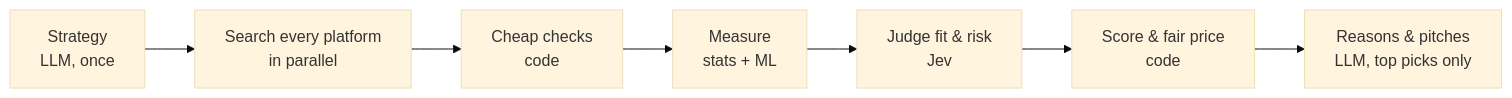
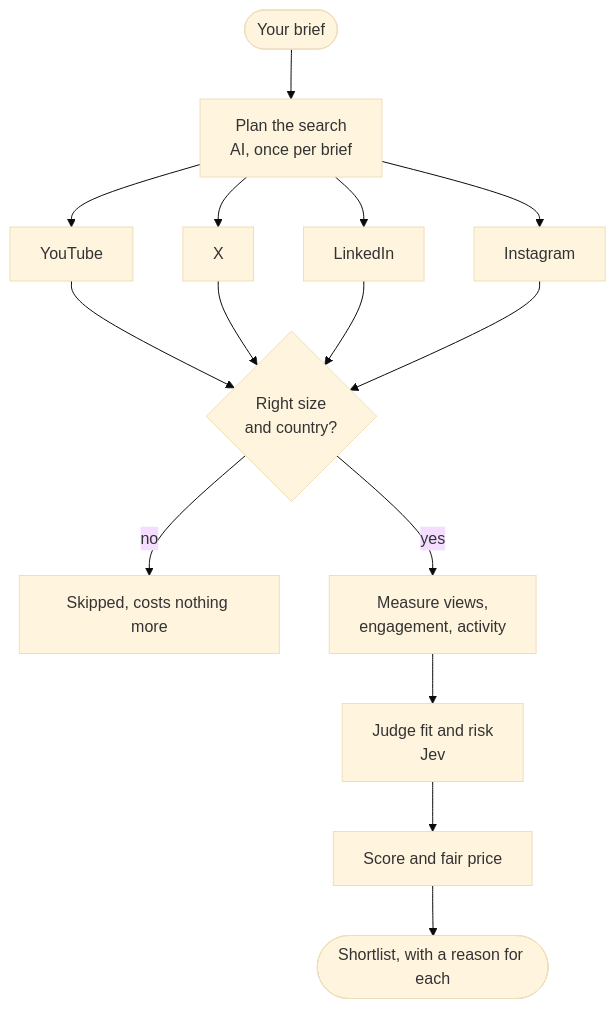
The second of 6 diagrams in README.md (Srijan76-code/ReachAi-InfluencerMarketing), drawn with Mermaid (base theme) before and after one commit. The commit also changed other lines of this file and 18 other files, not shown here.

Commit message:
Make the README and docs visual: founder metrics up top, icons, diagrams for every workflow, one currency

````diff
--- a/README.md
+++ b/README.md
@@ -85,4 +71,11 @@
 ```mermaid
-graph LR
-  S[Strategy<br/>LLM, once] --> P[Search every platform<br/>in parallel] --> C[Cheap checks<br/>code] --> M[Measure<br/>stats + ML] --> J[Judge fit & risk<br/>Jev] --> R[Score & fair price<br/>code] --> W[Reasons & pitches<br/>LLM, top picks only]
+flowchart TD
+  A([Your brief]) --> S[Plan the search<br/>AI, once per brief]
+  S --> Y[YouTube] & X[X] & L[LinkedIn] & I[Instagram]
+  Y & X & L & I --> C{Right size<br/>and country?}
+  C -- no --> Z[Skipped, costs nothing more]
+  C -- yes --> M[Measure views,<br/>engagement, activity]
+  M --> J[Judge fit and risk<br/>Jev]
+  J --> F[Score and fair price]
+  F --> W([Shortlist, with a reason for each])
 ```
````
